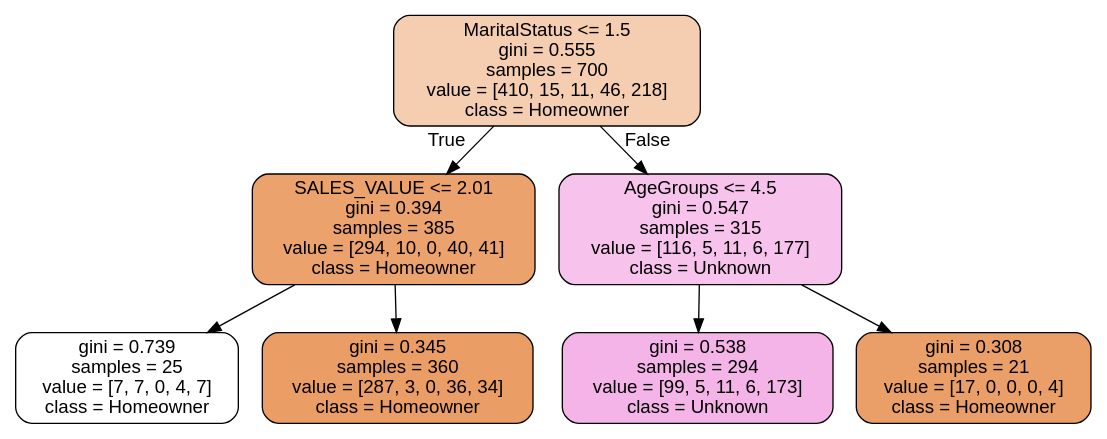
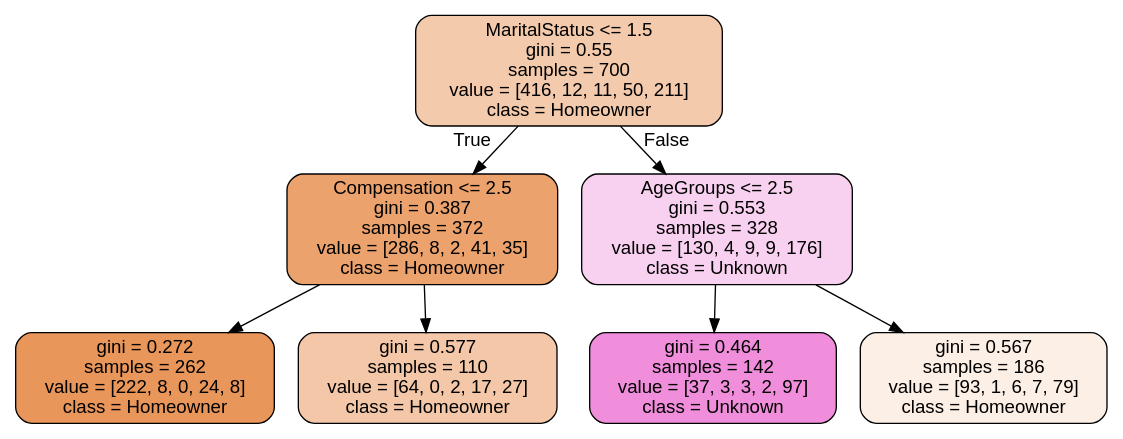
One commit to vmarklynn/CPSC5310-Project changed the diagram in Code/images/decision_trees/project_decisiontree.dot. Above: the diagram before and after it, drawn with Graphviz. The commit also changed 2 other files, not shown here.

```diff
--- a/Code/images/decision_trees/project_decisiontree.dot
+++ b/Code/images/decision_trees/project_decisiontree.dot
@@ -1,17 +1,17 @@
 digraph Tree {
-node [shape=box, style="filled, rounded", color="black", fontname=helvetica] ;
-edge [fontname=helvetica] ;
-0 [label="MaritalStatus <= 1.5\ngini = 0.555\nsamples = 700\nvalue = [410, 15, 11, 46, 218]\nclass = Homeowner", fillcolor="#f5cdb0"] ;
-1 [label="SALES_VALUE <= 2.01\ngini = 0.394\nsamples = 385\nvalue = [294, 10, 0, 40, 41]\nclass = Homeowner", fillcolor="#eca26d"] ;
+node [shape=box, style="filled, rounded", color="black", fontname="helvetica"] ;
+edge [fontname="helvetica"] ;
+0 [label="MaritalStatus <= 1.5\ngini = 0.55\nsamples = 700\nvalue = [416, 12, 11, 50, 211]\nclass = Homeowner", fillcolor="#f4caac"] ;
+1 [label="Compensation <= 2.5\ngini = 0.387\nsamples = 372\nvalue = [286, 8, 2, 41, 35]\nclass = Homeowner", fillcolor="#eca26c"] ;
 0 -> 1 [labeldistance=2.5, labelangle=45, headlabel="True"] ;
-2 [label="gini = 0.739\nsamples = 25\nvalue = [7, 7, 0, 4, 7]\nclass = Homeowner", fillcolor="#ffffff"] ;
+2 [label="gini = 0.272\nsamples = 262\nvalue = [222, 8, 0, 24, 8]\nclass = Homeowner", fillcolor="#e9965a"] ;
 1 -> 2 ;
-3 [label="gini = 0.345\nsamples = 360\nvalue = [287, 3, 0, 36, 34]\nclass = Homeowner", fillcolor="#eb9d66"] ;
+3 [label="gini = 0.577\nsamples = 110\nvalue = [64, 0, 2, 17, 27]\nclass = Homeowner", fillcolor="#f3c7a7"] ;
 1 -> 3 ;
-4 [label="AgeGroups <= 4.5\ngini = 0.547\nsamples = 315\nvalue = [116, 5, 11, 6, 177]\nclass = Unknown", fillcolor="#f7c2ec"] ;
+4 [label="AgeGroups <= 2.5\ngini = 0.553\nsamples = 328\nvalue = [130, 4, 9, 9, 176]\nclass = Unknown", fillcolor="#f9d1f0"] ;
 0 -> 4 [labeldistance=2.5, labelangle=-45, headlabel="False"] ;
-5 [label="gini = 0.538\nsamples = 294\nvalue = [99, 5, 11, 6, 173]\nclass = Unknown", fillcolor="#f5b4e7"] ;
+5 [label="gini = 0.464\nsamples = 142\nvalue = [37, 3, 3, 2, 97]\nclass = Unknown", fillcolor="#f08edb"] ;
 4 -> 5 ;
-6 [label="gini = 0.308\nsamples = 21\nvalue = [17, 0, 0, 0, 4]\nclass = Homeowner", fillcolor="#eb9f68"] ;
+6 [label="gini = 0.567\nsamples = 186\nvalue = [93, 1, 6, 7, 79]\nclass = Homeowner", fillcolor="#fcefe5"] ;
 4 -> 6 ;
 }
```
